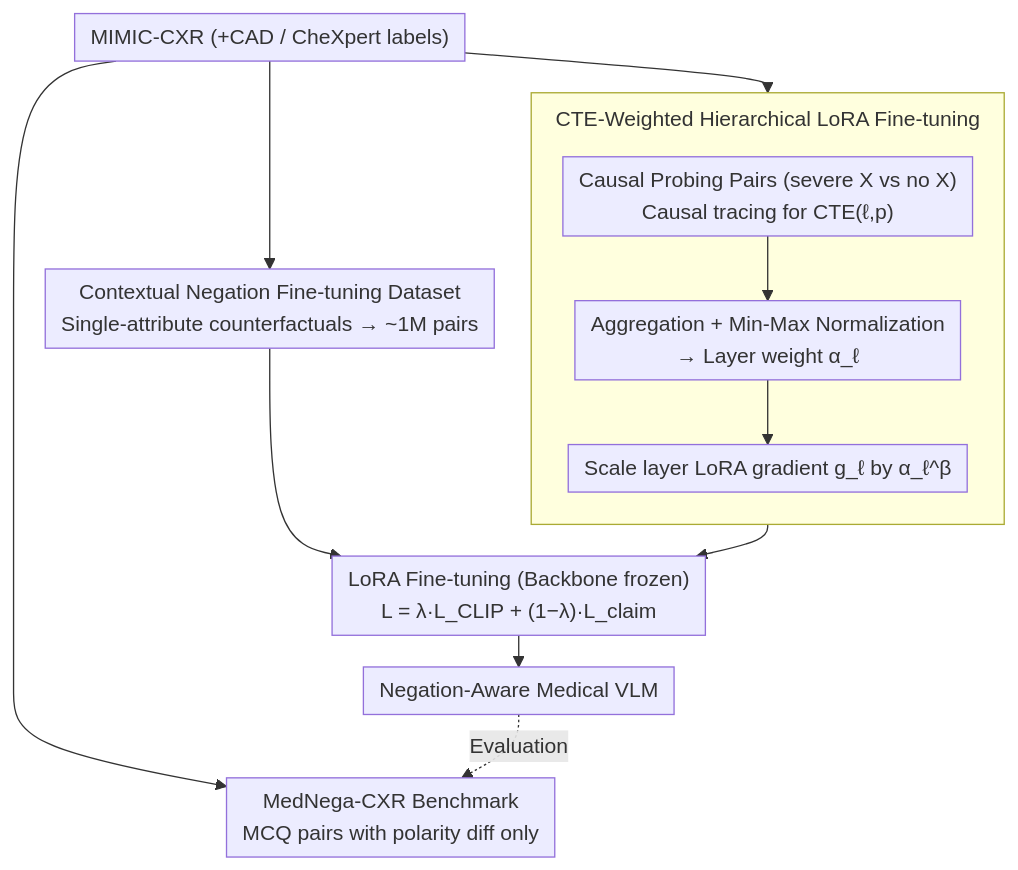
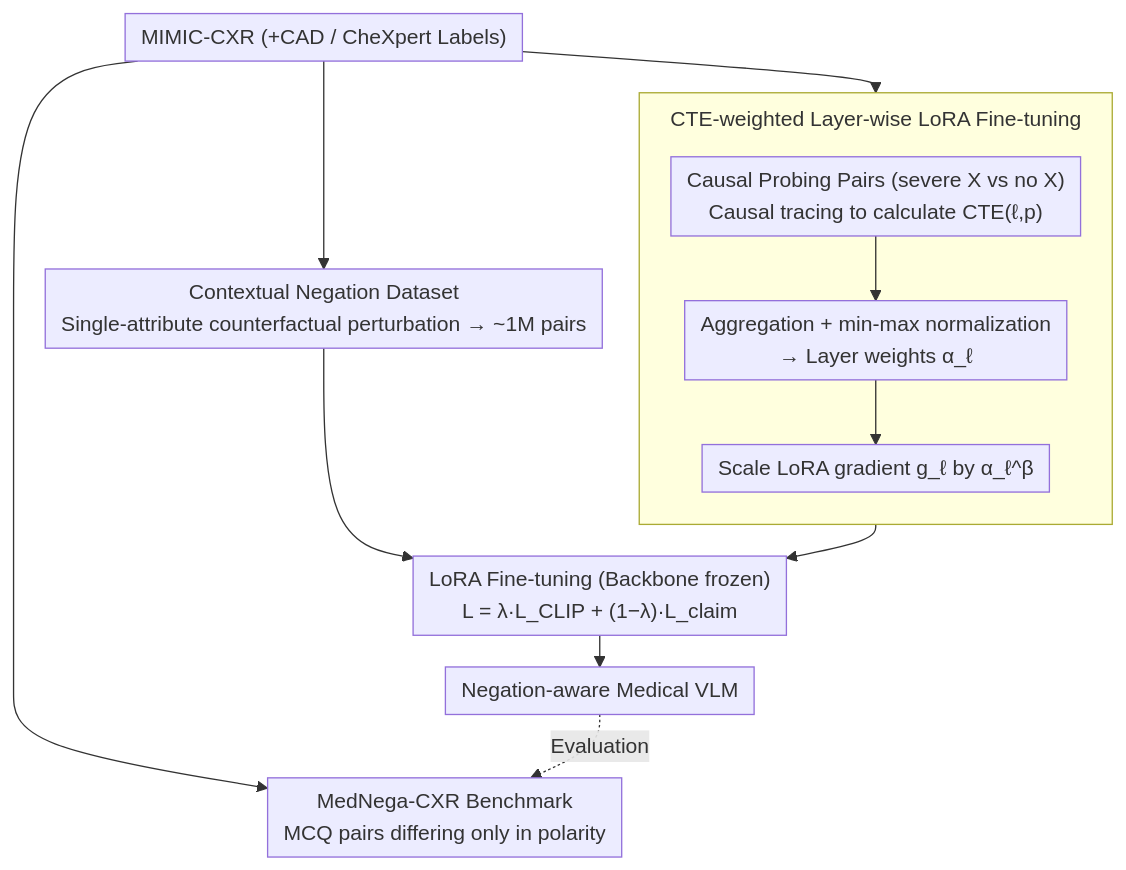
One commit to zhaoyang97/Paper-Notes-en changed the diagram in docs/ICML2026/multimodal_vlm/layer-specific_fine-tuning_for_improved_negation_handling_in_medical_vision-lang.md. Above: the diagram before and after it, drawn with Mermaid. The commit also changed other lines of this file and 5084 other files, not shown here.

````diff
--- a/docs/ICML2026/multimodal_vlm/layer-specific_fine-tuning_for_improved_negation_handling_in_medical_vision-lang.md
+++ b/docs/ICML2026/multimodal_vlm/layer-specific_fine-tuning_for_improved_negation_handling_in_medical_vision-lang.md
@@ -42,16 +42,16 @@
 ```mermaid
 %%{init: {'flowchart': {'rankSpacing': 24, 'nodeSpacing': 28, 'padding': 6, 'wrappingWidth': 400, 'subGraphTitleMargin': {'top': 8, 'bottom': 16}}}}%%
 flowchart TD
-    A["MIMIC-CXR (+CAD / CheXpert labels)"] --> B["MedNega-CXR Benchmark<br/>MCQ pairs with polarity diff only"]
-    A --> C["Contextual Negation Fine-tuning Dataset<br/>Single-attribute counterfactuals → ~1M pairs"]
+    A["MIMIC-CXR (+CAD / CheXpert Labels)"] --> B["MedNega-CXR Benchmark<br/>MCQ pairs differing only in polarity"]
+    A --> C["Contextual Negation Dataset<br/>Single-attribute counterfactual perturbation → ~1M pairs"]
     A --> E
-    subgraph NAST["CTE-Weighted Hierarchical LoRA Fine-tuning"]
+    subgraph NAST["CTE-weighted Layer-wise LoRA Fine-tuning"]
         direction TB
-        E["Causal Probing Pairs (severe X vs no X)<br/>Causal tracing for CTE(ℓ,p)"] --> G["Aggregation + Min-Max Normalization<br/>→ Layer weight α_ℓ"]
-        G --> H["Scale layer LoRA gradient g_ℓ by α_ℓ^β"]
+        E["Causal Probing Pairs (severe X vs no X)<br/>Causal tracing to calculate CTE(ℓ,p)"] --> G["Aggregation + min-max normalization<br/>→ Layer weights α_ℓ"]
+        G --> H["Scale LoRA gradient g_ℓ by α_ℓ^β"]
     end
     C --> I["LoRA Fine-tuning (Backbone frozen)<br/>L = λ·L_CLIP + (1−λ)·L_claim"]
     H --> I
-    I --> J["Negation-Aware Medical VLM"]
+    I --> J["Negation-aware Medical VLM"]
     J -.Evaluation.-> B
 ```
````
